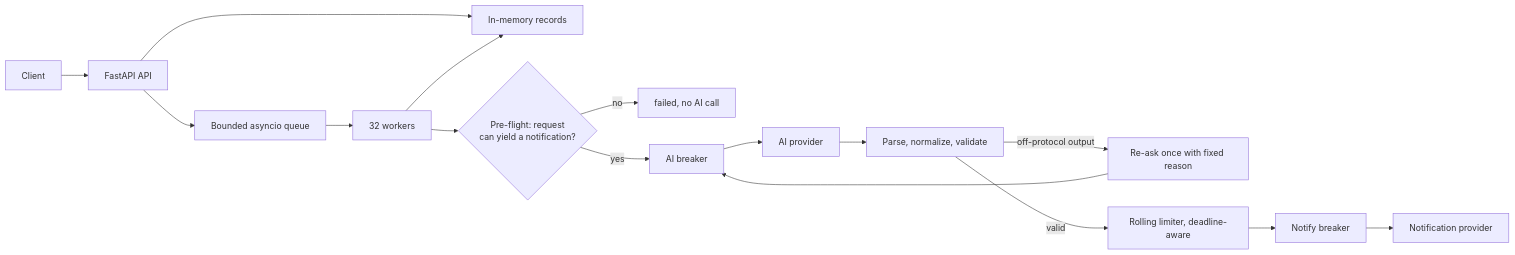
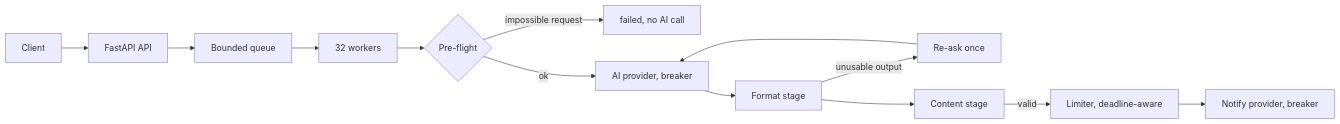
The diagram in docs/architecture.md (ivanlc/ai-python-test), drawn with Mermaid before and after one commit. The commit also changed other lines of this file and 6 other files, not shown here.

````diff
--- a/docs/architecture.md
+++ b/docs/architecture.md
@@ -5,15 +18,11 @@
 ```mermaid
 flowchart LR
-    Client --> API[FastAPI API]
-    API --> Store[In-memory records]
-    API --> Queue[Bounded asyncio queue]
-    Queue --> Workers[32 workers]
-    Workers --> Pre{Pre-flight: request<br/>can yield a notification?}
-    Pre -- no --> Failed[failed, no AI call]
-    Pre -- yes --> AIB[AI breaker] --> AI[AI provider]
-    AI --> Parse[Parse, normalize, validate]
-    Parse -- off-protocol output --> ReAsk[Re-ask once with fixed reason] --> AIB
-    Parse -- valid --> Rate[Rolling limiter, deadline-aware]
-    Rate --> NB[Notify breaker] --> Notify[Notification provider]
-    Workers --> Store
+    Client --> API[FastAPI API] --> Queue[Bounded queue] --> Workers[32 workers]
+    Workers --> Pre{Pre-flight}
+    Pre -- impossible request --> Failed[failed, no AI call]
+    Pre -- ok --> AI[AI provider, breaker]
+    AI --> Out[Format stage]
+    Out -- unusable output --> ReAsk[Re-ask once] --> AI
+    Out --> Ground[Content stage]
+    Ground -- valid --> Rate[Limiter, deadline-aware] --> Notify[Notify provider, breaker]
 ```
````
